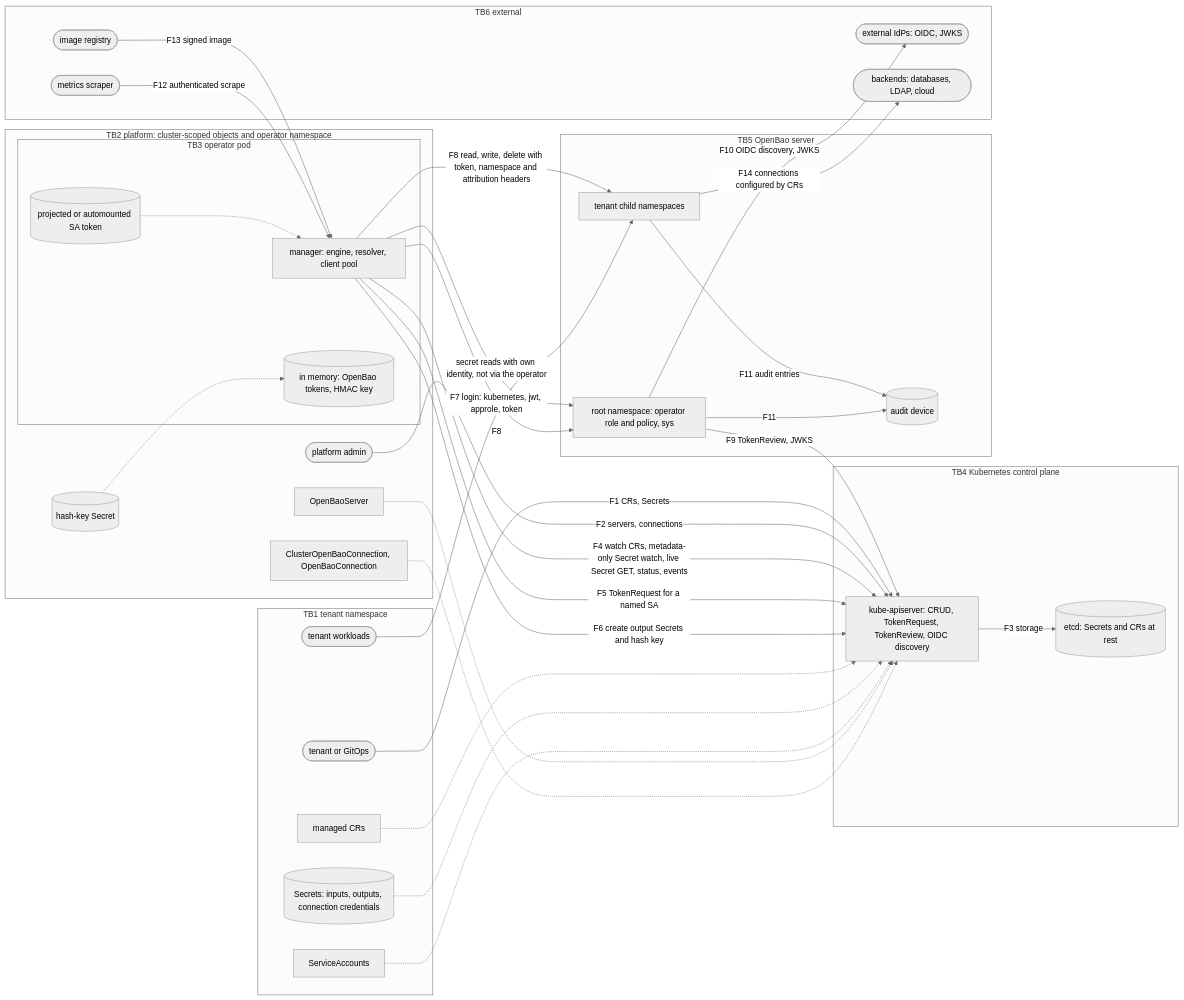
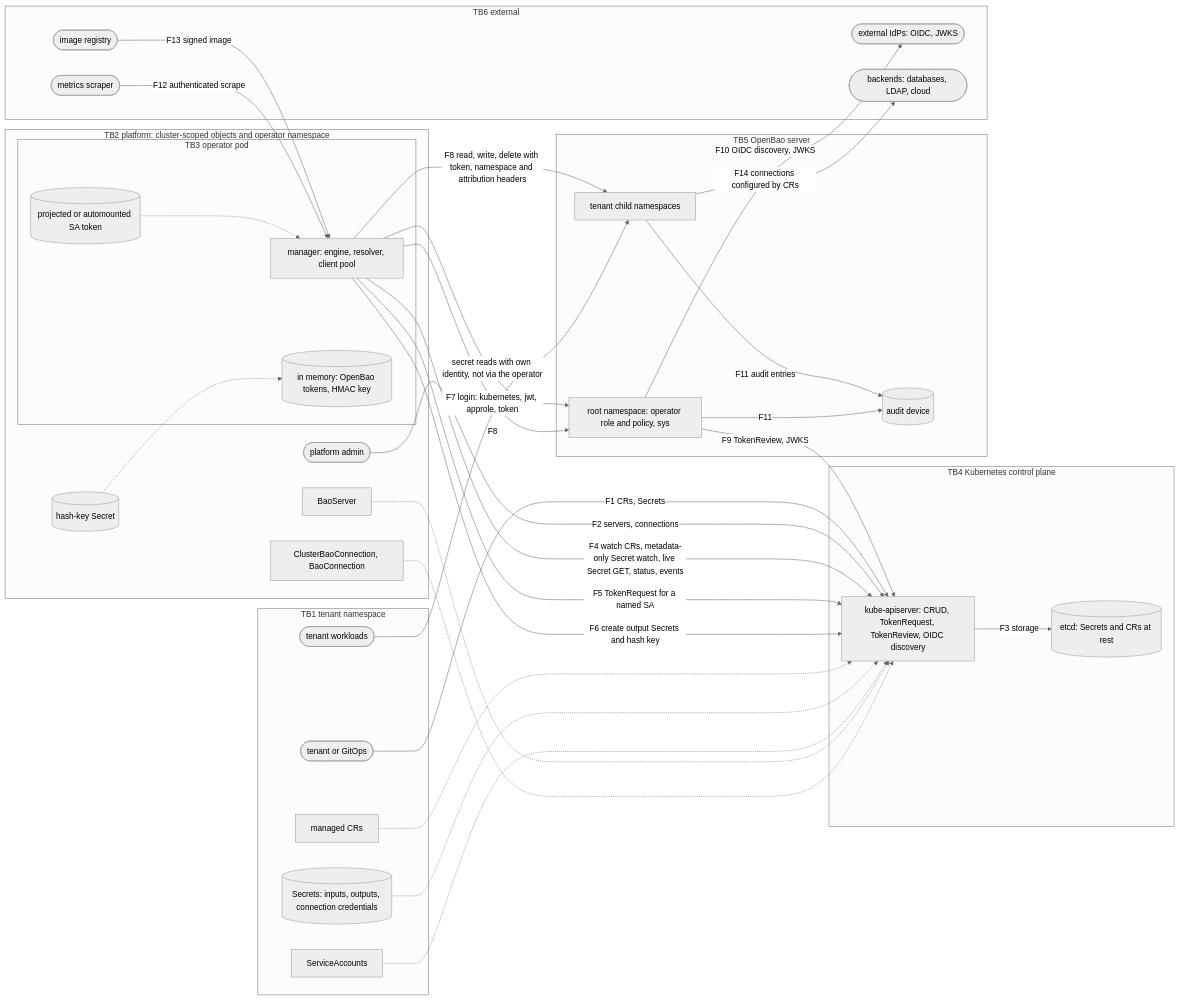
One commit to alexandrust88/openbao-config-operator changed the diagram in docs/security/threat-model.md. Above: the diagram before and after it, drawn with Mermaid (neutral theme). The commit also changed other lines of this file and 1591 other files, not shown here.

````diff
--- a/docs/security/threat-model.md
+++ b/docs/security/threat-model.md
@@ -150,61 +149,61 @@
 ```mermaid
 flowchart LR
   subgraph TB1["TB1 tenant namespace"]
     tenant(["tenant or GitOps"])
     crs["managed CRs"]
     tsec[("Secrets: inputs, outputs, connection credentials")]
     tsa["ServiceAccounts"]
     wl(["tenant workloads"])
   end
   subgraph TB2["TB2 platform: cluster-scoped objects and operator namespace"]
     padmin(["platform admin"])
-    srv["OpenBaoServer"]
-    cconn["ClusterOpenBaoConnection, OpenBaoConnection"]
+    srv["BaoServer"]
+    cconn["ClusterBaoConnection, BaoConnection"]
     hkey[("hash-key Secret")]
     subgraph TB3["TB3 operator pod"]
       mgr["manager: engine, resolver, client pool"]
       ptok[("projected or automounted SA token")]
       mem[("in memory: OpenBao tokens, HMAC key")]
     end
   end
   subgraph TB4["TB4 Kubernetes control plane"]
     api["kube-apiserver: CRUD, TokenRequest, TokenReview, OIDC discovery"]
     etcd[("etcd: Secrets and CRs at rest")]
   end
   subgraph TB5["TB5 OpenBao server"]
     root["root namespace: operator role and policy, sys"]
     tns["tenant child namespaces"]
     audit[("audit device")]
   end
   subgraph TB6["TB6 external"]
     idp(["external IdPs: OIDC, JWKS"])
     backends(["backends: databases, LDAP, cloud"])
     reg(["image registry"])
     scr(["metrics scraper"])
   end
 
   tenant -- "F1 CRs, Secrets" --> api
   padmin -- "F2 servers, connections" --> api
   api -- "F3 storage" --> etcd
   mgr -- "F4 watch CRs, metadata-only Secret watch, live Secret GET, status, events" --> api
   mgr -- "F5 TokenRequest for a named SA" --> api
   mgr -- "F6 create output Secrets and hash key" --> api
   mgr -- "F7 login: kubernetes, jwt, approle, token" --> root
   mgr -- "F8 read, write, delete with token, namespace and attribution headers" --> tns
   mgr -- "F8" --> root
   root -- "F9 TokenReview, JWKS" --> api
   root -- "F10 OIDC discovery, JWKS" --> idp
   tns -- "F11 audit entries" --> audit
   root -- "F11" --> audit
   tns -- "F14 connections configured by CRs" --> backends
   wl -- "secret reads with own identity, not via the operator" --> tns
   reg -- "F13 signed image" --> mgr
   scr -- "F12 authenticated scrape" --> mgr
   ptok -.-> mgr
   hkey -.-> mem
   crs -.-> api
   tsec -.-> api
   tsa -.-> api
   srv -.-> api
   cconn -.-> api
 ```
````
